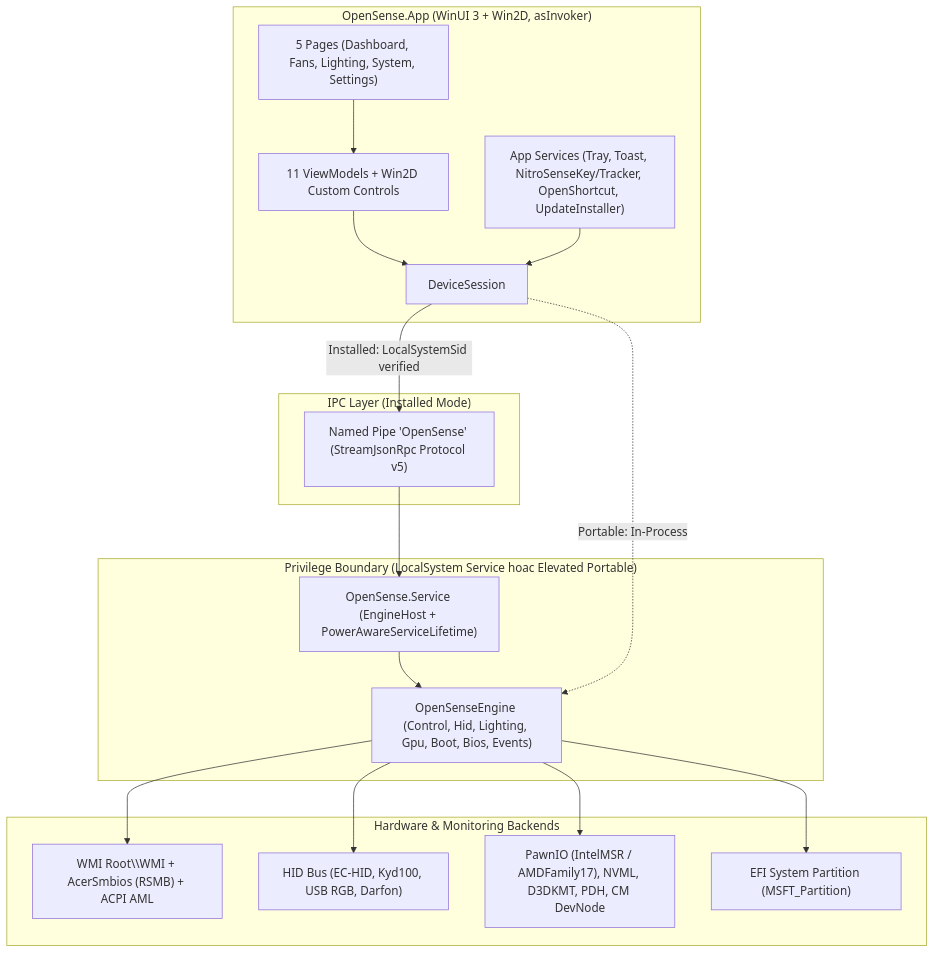
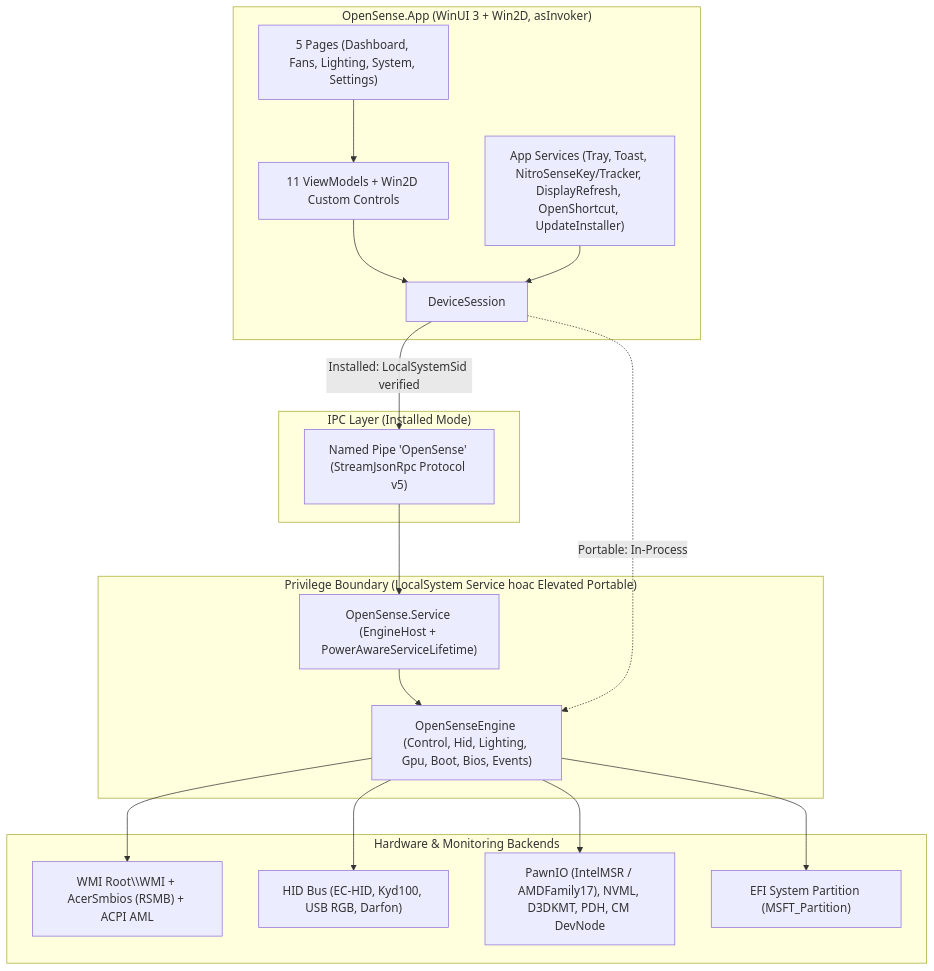
One commit to archivesteak/opensense changed the diagram in SOURCE_SCAN.md. Above: the diagram before and after it, drawn with Mermaid. The commit also changed other lines of this file and 45 other files, not shown here.

Commit message:
Opensense  v0.3.7: fix autostart and maintain refresh rate swirtching + display

````diff
--- a/SOURCE_SCAN.md
+++ b/SOURCE_SCAN.md
@@ -35,34 +35,34 @@
 ```mermaid
 flowchart TB
     subgraph UI["OpenSense.App (WinUI 3 + Win2D, asInvoker)"]
         Views["5 Pages (Dashboard, Fans, Lighting, System, Settings)"]
         VMs["11 ViewModels + Win2D Custom Controls"]
-        AppSvc["App Services (Tray, Toast, NitroSenseKey/Tracker, OpenShortcut, UpdateInstaller)"]
+        AppSvc["App Services (Tray, Toast, NitroSenseKey/Tracker, DisplayRefresh, OpenShortcut, UpdateInstaller)"]
         Session["DeviceSession"]
         Views --> VMs --> Session
         AppSvc --> Session
     end
 
     subgraph IPC["IPC Layer (Installed Mode)"]
         Pipe["Named Pipe 'OpenSense' (StreamJsonRpc Protocol v5)"]
     end
 
     subgraph Host["Privilege Boundary (LocalSystem Service hoac Elevated Portable)"]
         Svc["OpenSense.Service (EngineHost + PowerAwareServiceLifetime)"]
         Engine["OpenSenseEngine (Control, Hid, Lighting, Gpu, Boot, Bios, Events)"]
     end
 
     subgraph HW["Hardware & Monitoring Backends"]
         WMI["WMI Root\\WMI + AcerSmbios (RSMB) + ACPI AML"]
         HID["HID Bus (EC-HID, Kyd100, USB RGB, Darfon)"]
         Sensors["PawnIO (IntelMSR / AMDFamily17), NVML, D3DKMT, PDH, CM DevNode"]
         ESP["EFI System Partition (MSFT_Partition)"]
     end
 
     Session -- "Installed: LocalSystemSid verified" --> Pipe --> Svc --> Engine
     Session -. "Portable: In-Process" .-> Engine
     Engine --> WMI
     Engine --> HID
     Engine --> Sensors
     Engine --> ESP
 ```
````
